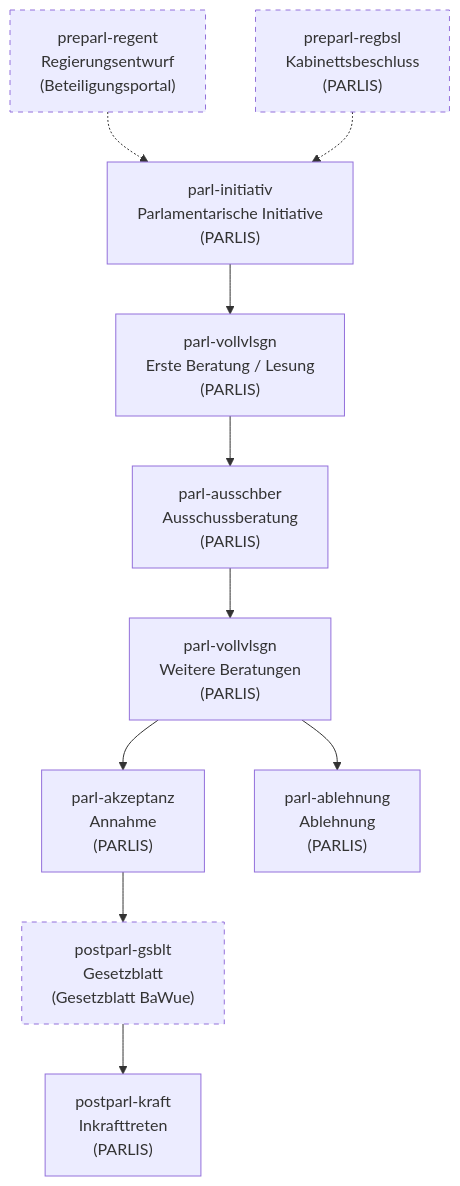
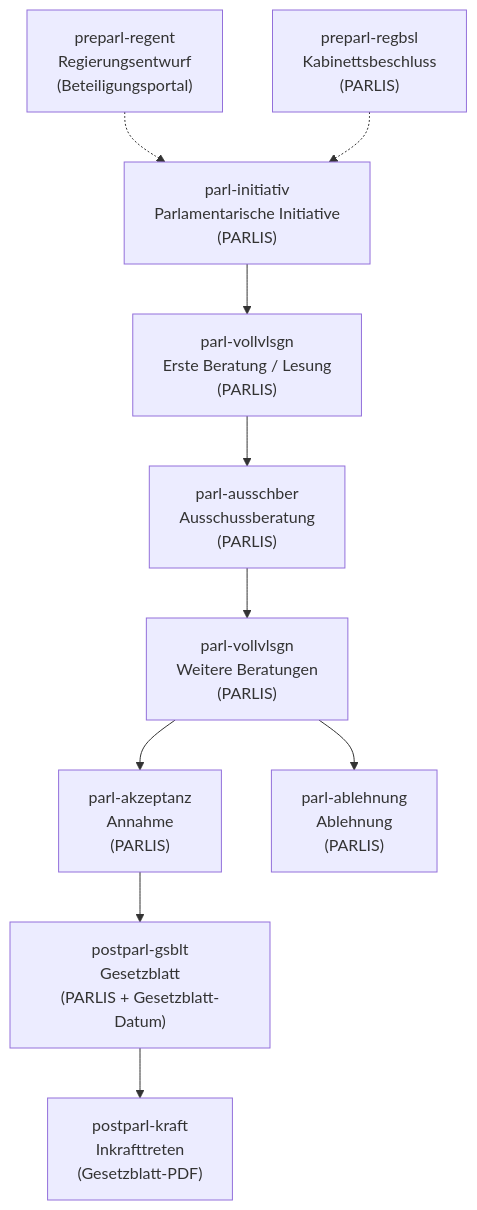
Before and after one commit to Parlamentszusammenfasser/pazufa-scraper-bw: the second of 4 diagrams in docs/architecture.md, drawn with Mermaid. The commit also changed other lines of this file, not shown here.

First line of the commit message:
docs: align architecture.md with the current code

````diff
--- a/docs/architecture.md
+++ b/docs/architecture.md
@@ -90,27 +90,23 @@
 ```mermaid
 flowchart TD
     PREP_REG["preparl-regent\nRegierungsentwurf\n(Beteiligungsportal)"]
     PREP_BSL["preparl-regbsl\nKabinettsbeschluss\n(PARLIS)"]
     INIT["parl-initiativ\nParlamentarische Initiative\n(PARLIS)"]
     LESUNG1["parl-vollvlsgn\nErste Beratung / Lesung\n(PARLIS)"]
     AUSSCH["parl-ausschber\nAusschussberatung\n(PARLIS)"]
     LESUNG23["parl-vollvlsgn\nWeitere Beratungen\n(PARLIS)"]
     AKZ["parl-akzeptanz\nAnnahme\n(PARLIS)"]
     ABL["parl-ablehnung\nAblehnung\n(PARLIS)"]
-    GSBLT["postparl-gsblt\nGesetzblatt\n(Gesetzblatt BaWue)"]
-    KRAFT["postparl-kraft\nInkrafttreten\n(PARLIS)"]
+    GSBLT["postparl-gsblt\nGesetzblatt\n(PARLIS + Gesetzblatt-Datum)"]
+    KRAFT["postparl-kraft\nInkrafttreten\n(Gesetzblatt-PDF)"]
 
     PREP_REG -.-> INIT
     PREP_BSL -.-> INIT
     INIT --> LESUNG1
     LESUNG1 --> AUSSCH
     AUSSCH --> LESUNG23
     LESUNG23 --> AKZ
     LESUNG23 --> ABL
     AKZ --> GSBLT
     GSBLT --> KRAFT
-
-    style PREP_REG stroke-dasharray: 5 5
-    style PREP_BSL stroke-dasharray: 5 5
-    style GSBLT stroke-dasharray: 5 5
 ```
````
